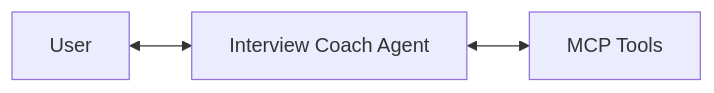
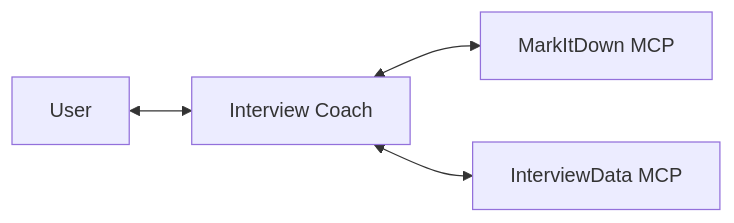
The first of 2 diagrams in docs/MULTI-AGENT.md (Azure-Samples/interview-coach-agent-framework), drawn with Mermaid before and after one commit. The commit also changed other lines of this file and 36 other files, not shown here.

````diff
--- a/docs/MULTI-AGENT.md
+++ b/docs/MULTI-AGENT.md
@@ -49,4 +35,6 @@
 ```mermaid
 flowchart LR
-    U[User] <--> A[Interview Coach Agent] <--> M[MCP Tools]
+    U[User] <--> A[Interview Coach]
+    A <--> M[MarkItDown MCP]
+    A <--> D[InterviewData MCP]
 ```
````
